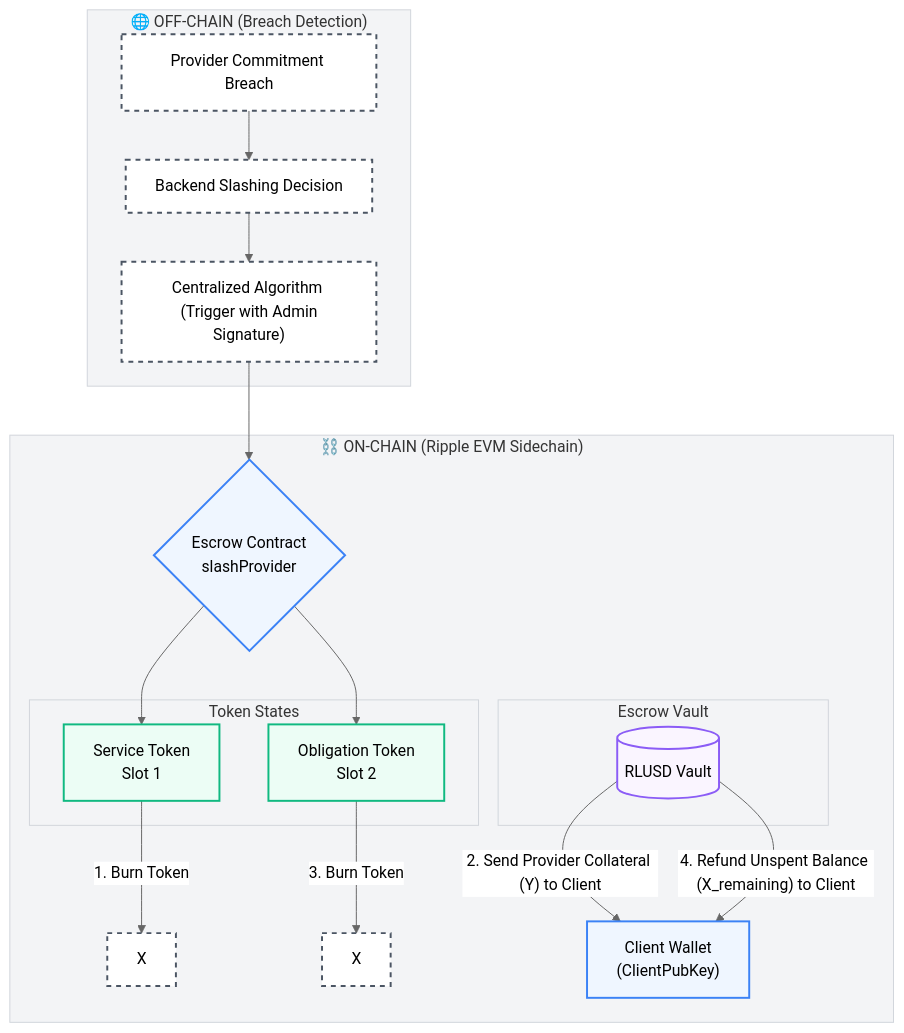
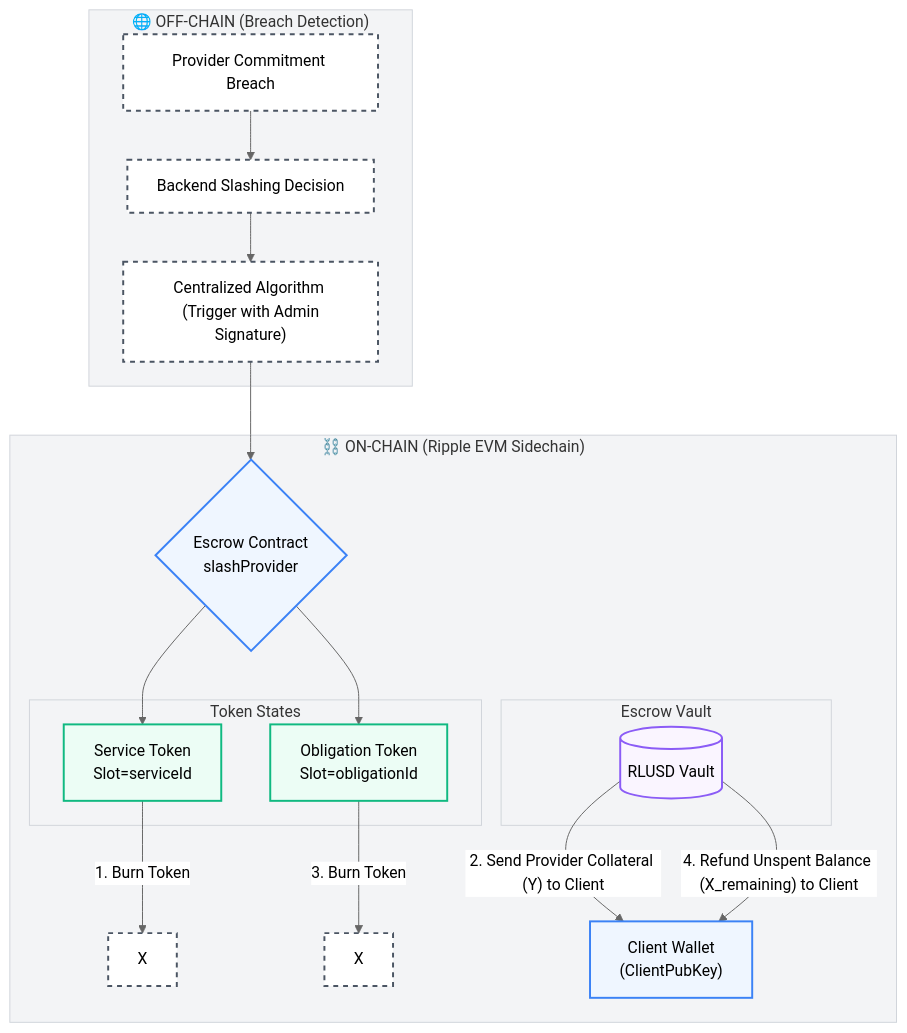
Before and after one commit to emirrmk/escrow-flow-diagrams: the fourth of 4 diagrams in README.md, drawn with Mermaid. The commit also changed other lines of this file, not shown here.

Commit message:
Add detailed Obligation Token slot layout in English

````diff
--- a/README.md
+++ b/README.md
@@ -129,37 +156,37 @@
 ```mermaid
 %%{init: {'theme': 'neutral', 'themeVariables': { 'primaryColor': '#f9fafb', 'edgeLabelBackground':'#ffffff', 'clusterBkg':'#f3f4f6', 'clusterBorder':'#d1d5db'}}}%%
 graph TD
     classDef offChainNode fill:#ffffff,stroke:#4b5563,stroke-width:2px,stroke-dasharray: 5 5;
     classDef onChainNode fill:#eff6ff,stroke:#3b82f6,stroke-width:2px;
     classDef tokenNode fill:#ecfdf5,stroke:#10b981,stroke-width:2px;
     classDef databaseNode fill:#faf5ff,stroke:#8b5cf6,stroke-width:2px;
 
     subgraph OffChain ["🌐 OFF-CHAIN (Breach Detection)"]
         Breach["Provider Commitment Breach"]:::offChainNode --> Decision["Backend Slashing Decision"]:::offChainNode
         Decision --> AlgTrig["Centralized Algorithm <br> (Trigger with Admin Signature)"]:::offChainNode
     end
 
     subgraph OnChain ["⛓️ ON-CHAIN (Ripple EVM Sidechain)"]
         AlgTrig --> SlashCall{"Escrow Contract <br> slashProvider"}:::onChainNode
         
         subgraph VaultState ["Escrow Vault"]
             Pool[("RLUSD Vault")]:::databaseNode
         end
 
         subgraph TokenState ["Token States"]
-            ST["Service Token <br> Slot 1"]:::tokenNode
-            OT["Obligation Token <br> Slot 2"]:::tokenNode
+            ST["Service Token <br> Slot=serviceId"]:::tokenNode
+            OT["Obligation Token <br> Slot=obligationId"]:::tokenNode
         end
 
         SlashCall --> ST
         SlashCall --> OT
 
         %% Provider Collateral Compensation
         ST -- "1. Burn Token" --> BurnST[X]:::offChainNode
         Pool -- "2. Send Provider Collateral (Y) to Client" --> Cust["Client Wallet <br> (ClientPubKey)"]:::onChainNode
 
         %% Client Escrow Refund
         OT -- "3. Burn Token" --> BurnOT[X]:::offChainNode
         Pool -- "4. Refund Unspent Balance (X_remaining) to Client" --> Cust
     end
 ```
````
